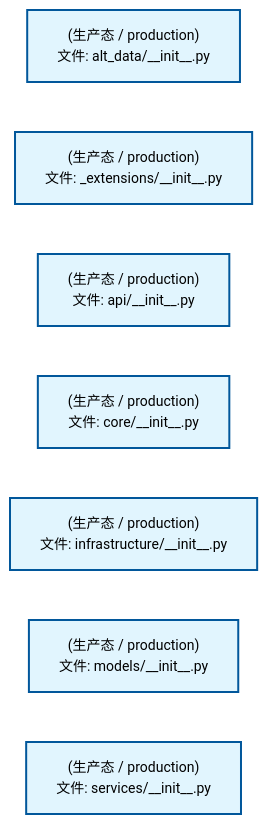
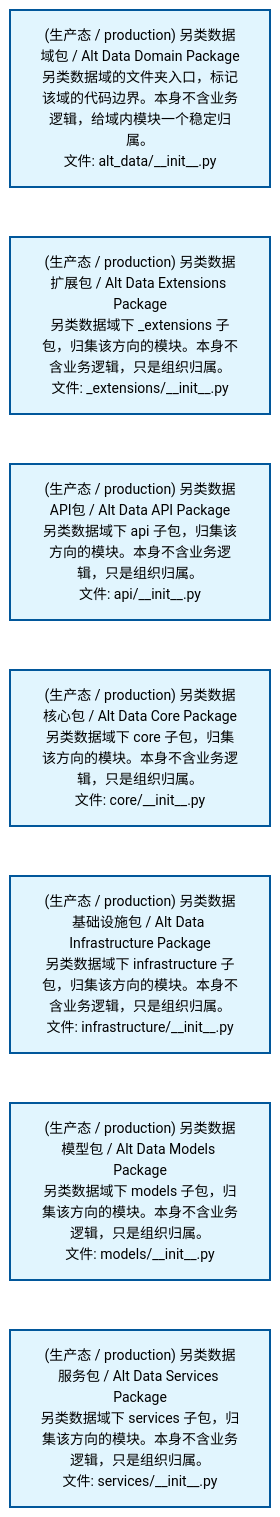
Before and after one commit to xuanFelixVan/ZephyrAlpha: the diagram in docs/02_enterprise_architecture/02_domain_architecture_docs/09_d_alt_data.md, drawn with Mermaid. The commit also changed 54 other files, not shown here.

````diff
--- a/docs/02_enterprise_architecture/02_domain_architecture_docs/09_d_alt_data.md
+++ b/docs/02_enterprise_architecture/02_domain_architecture_docs/09_d_alt_data.md
@@ -53,22 +53,22 @@
 ```mermaid
 %%{init: {'theme': 'base', 'themeVariables': {'primaryColor': '#eaeaea', 'primaryTextColor': '#333333', 'primaryBorderColor': '#666666', 'lineColor': '#666666', 'secondaryColor': '#eaeaea', 'tertiaryColor': '#eaeaea', 'fontSize': '14px'}}}%%
 flowchart TD
-    src_zephyr_alt_data_init_py["(生产态 / production)<br/>文件: alt_data/__init__.py"]
-    src_zephyr_alt_data_extensions_init_py["(生产态 / production)<br/>文件: _extensions/__init__.py"]
-    src_zephyr_alt_data_api_init_py["(生产态 / production)<br/>文件: api/__init__.py"]
-    src_zephyr_alt_data_core_init_py["(生产态 / production)<br/>文件: core/__init__.py"]
-    src_zephyr_alt_data_infrastructure_init_py["(生产态 / production)<br/>文件: infrastructure/__init__.py"]
-    src_zephyr_alt_data_models_init_py["(生产态 / production)<br/>文件: models/__init__.py"]
-    src_zephyr_alt_data_services_init_py["(生产态 / production)<br/>文件: services/__init__.py"]
+    src_zephyr_alt_data_init_py["(生产态 / production) 另类数据域包 / Alt Data Domain Package<br/>另类数据域的文件夹入口，标记该域的代码边界。本身不含业务逻辑，给域内模块一个稳定归属。<br/>文件: alt_data/__init__.py"]
+    src_zephyr_alt_data_extensions_init_py["(生产态 / production) 另类数据扩展包 / Alt Data Extensions Package<br/>另类数据域下 _extensions 子包，归集该方向的模块。本身不含业务逻辑，只是组织归属。<br/>文件: _extensions/__init__.py"]
+    src_zephyr_alt_data_api_init_py["(生产态 / production) 另类数据API包 / Alt Data API Package<br/>另类数据域下 api 子包，归集该方向的模块。本身不含业务逻辑，只是组织归属。<br/>文件: api/__init__.py"]
+    src_zephyr_alt_data_core_init_py["(生产态 / production) 另类数据核心包 / Alt Data Core Package<br/>另类数据域下 core 子包，归集该方向的模块。本身不含业务逻辑，只是组织归属。<br/>文件: core/__init__.py"]
+    src_zephyr_alt_data_infrastructure_init_py["(生产态 / production) 另类数据基础设施包 / Alt Data Infrastructure Package<br/>另类数据域下 infrastructure 子包，归集该方向的模块。本身不含业务逻辑，只是组织归属。<br/>文件: infrastructure/__init__.py"]
+    src_zephyr_alt_data_models_init_py["(生产态 / production) 另类数据模型包 / Alt Data Models Package<br/>另类数据域下 models 子包，归集该方向的模块。本身不含业务逻辑，只是组织归属。<br/>文件: models/__init__.py"]
+    src_zephyr_alt_data_services_init_py["(生产态 / production) 另类数据服务包 / Alt Data Services Package<br/>另类数据域下 services 子包，归集该方向的模块。本身不含业务逻辑，只是组织归属。<br/>文件: services/__init__.py"]
     src_zephyr_alt_data_init_py ~~~ src_zephyr_alt_data_extensions_init_py
     src_zephyr_alt_data_extensions_init_py ~~~ src_zephyr_alt_data_api_init_py
     src_zephyr_alt_data_api_init_py ~~~ src_zephyr_alt_data_core_init_py
     src_zephyr_alt_data_core_init_py ~~~ src_zephyr_alt_data_infrastructure_init_py
     src_zephyr_alt_data_infrastructure_init_py ~~~ src_zephyr_alt_data_models_init_py
     src_zephyr_alt_data_models_init_py ~~~ src_zephyr_alt_data_services_init_py
     classDef production fill:#e1f5fe,stroke:#01579b,stroke-width:2px,color:#000
     classDef design fill:#fff3e0,stroke:#e65100,stroke-width:2px,color:#000,stroke-dasharray: 5 5
     classDef external_prod fill:#e8f4fd,stroke:#0277bd,stroke-width:1px,color:#000
     classDef external_design fill:#fff8e7,stroke:#ef6c00,stroke-width:1px,color:#000,stroke-dasharray: 5 5
     class src_zephyr_alt_data_init_py,src_zephyr_alt_data_extensions_init_py,src_zephyr_alt_data_api_init_py,src_zephyr_alt_data_core_init_py,src_zephyr_alt_data_infrastructure_init_py,src_zephyr_alt_data_models_init_py,src_zephyr_alt_data_services_init_py production
 ```
````
